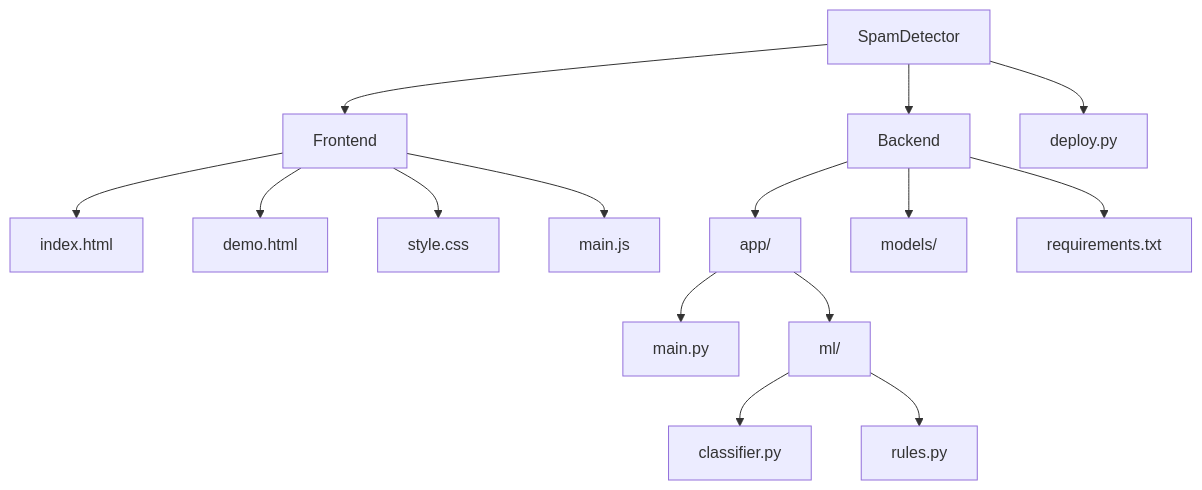
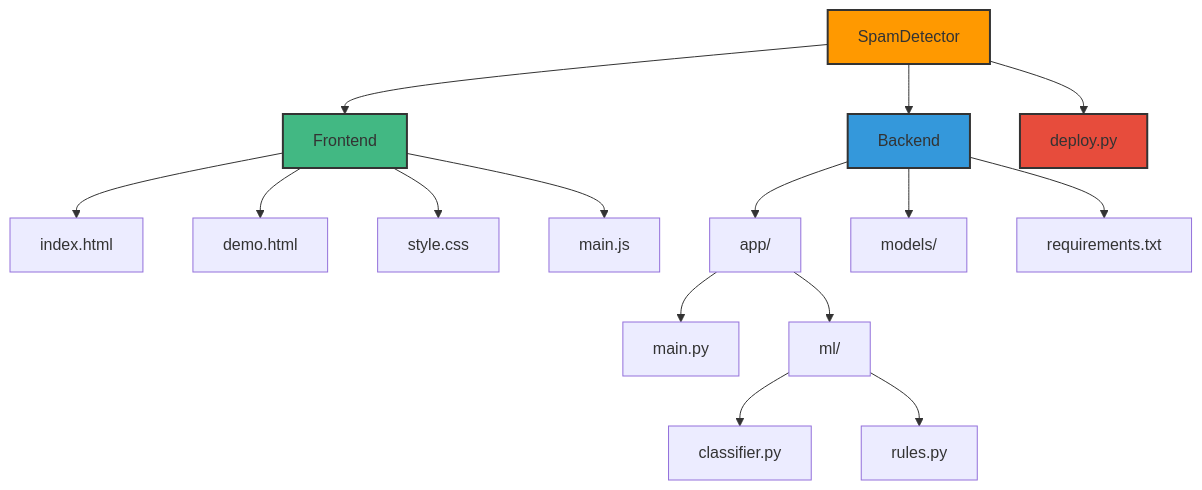
Before and after one commit to JUNGLICHEATS/Spamdetector: the diagram in README.md, drawn with Mermaid. The commit also changed other lines of this file and 1 other file, not shown here.

````diff
--- a/README.md
+++ b/README.md
@@ -63,17 +101,22 @@
 ```mermaid
 graph TD
     A[SpamDetector] --> B[Frontend]
     A --> C[Backend]
     B --> B1[index.html]
     B --> B2[demo.html]
     B --> B3[style.css]
     B --> B4[main.js]
     C --> C1[app/]
     C1 --> C1A[main.py]
     C1 --> C1B[ml/]
     C1B --> C1B1[classifier.py]
     C1B --> C1B2[rules.py]
     C --> C2[models/]
     C --> C3[requirements.txt]
     A --> D[deploy.py]
+
+    style A fill:#ff9900,stroke:#333,stroke-width:2px
+    style B fill:#42b883,stroke:#333,stroke-width:2px
+    style C fill:#3498db,stroke:#333,stroke-width:2px
+    style D fill:#e74c3c,stroke:#333,stroke-width:2px
 ```
````
